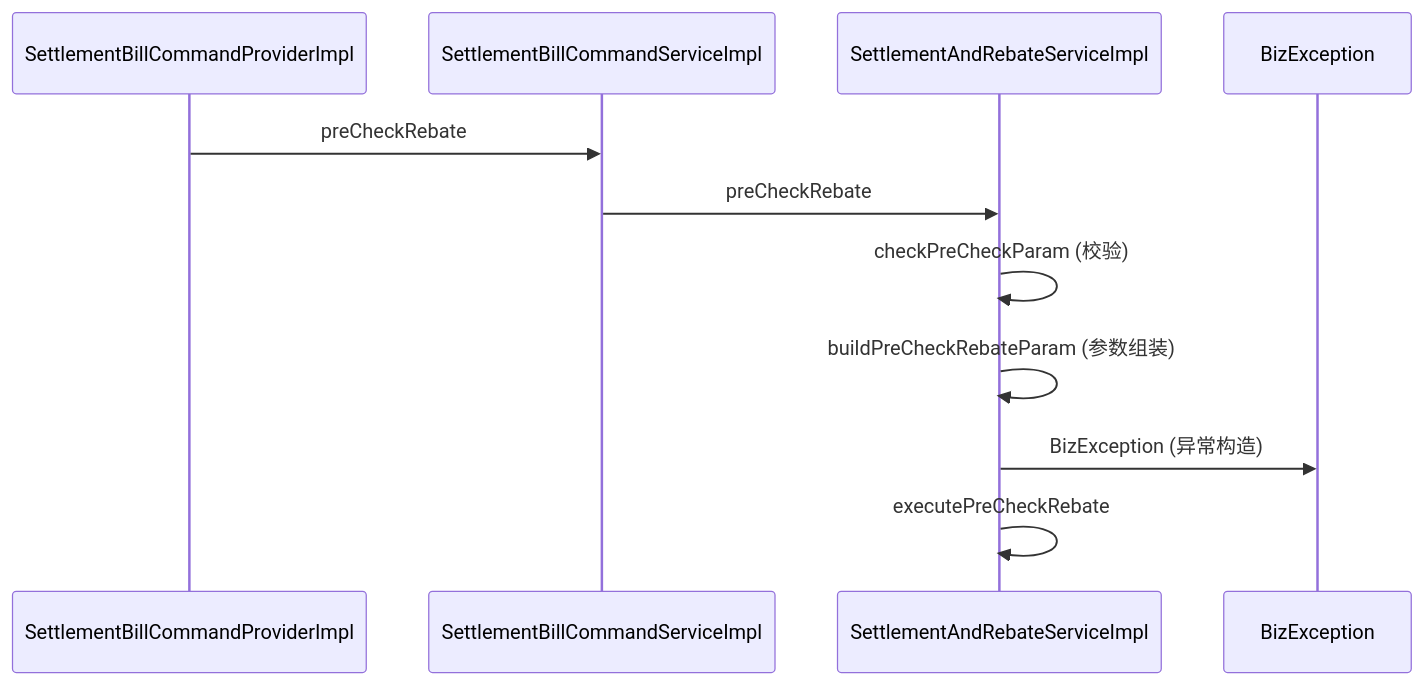
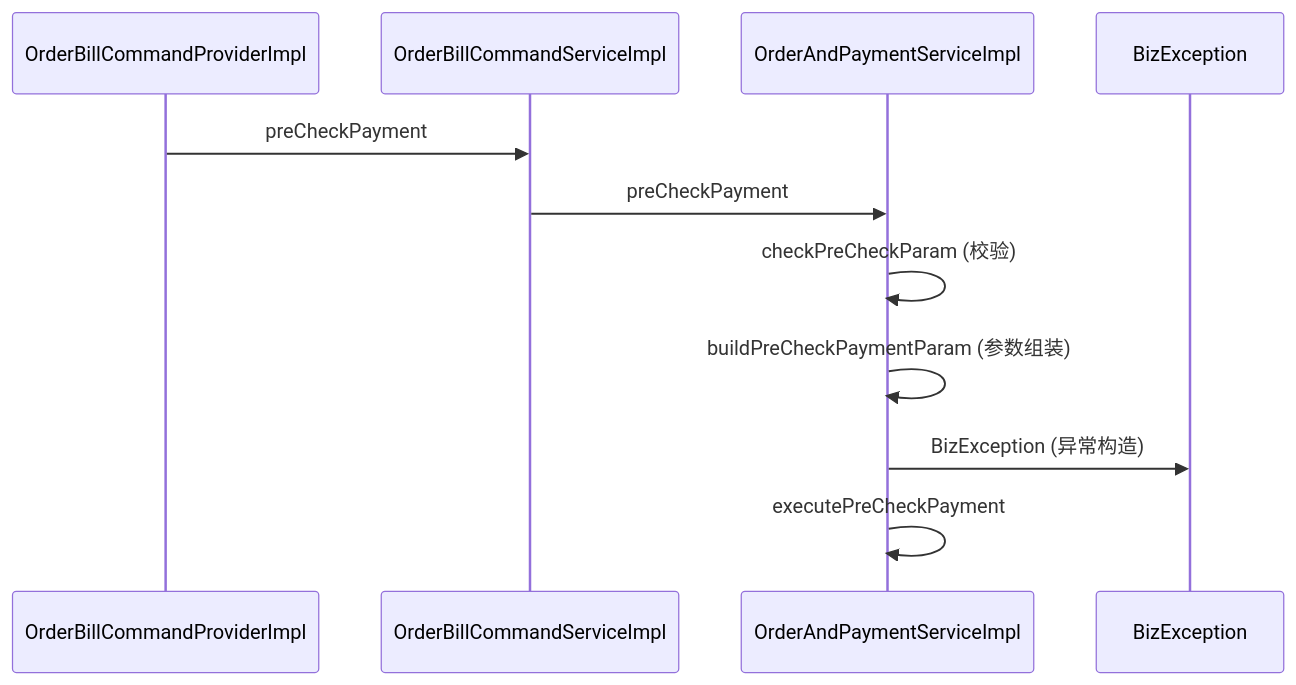
One commit to yingzg/my-Skill changed the diagram in Skill/code-flowchart/docs/plans/2026-09-17-code-flowchart-implementation-plan.zh-CN.md. Above: the diagram before and after it, drawn with Mermaid. The commit also changed other lines of this file and 217 other files, not shown here.

````diff
--- a/Skill/code-flowchart/docs/plans/2026-09-17-code-flowchart-implementation-plan.zh-CN.md
+++ b/Skill/code-flowchart/docs/plans/2026-09-17-code-flowchart-implementation-plan.zh-CN.md
@@ -290,13 +290,13 @@
 ```mermaid
 sequenceDiagram
-  participant P as SettlementBillCommandProviderImpl
-  participant C as SettlementBillCommandServiceImpl
-  participant S as SettlementAndRebateServiceImpl
+  participant P as OrderBillCommandProviderImpl
+  participant C as OrderBillCommandServiceImpl
+  participant S as OrderAndPaymentServiceImpl
   participant B as BizException
-  P->>C: preCheckRebate
-  C->>S: preCheckRebate
+  P->>C: preCheckPayment
+  C->>S: preCheckPayment
   S->>S: checkPreCheckParam (校验)
-  S->>S: buildPreCheckRebateParam (参数组装)
+  S->>S: buildPreCheckPaymentParam (参数组装)
   S->>B: BizException (异常构造)
-  S->>S: executePreCheckRebate
+  S->>S: executePreCheckPayment
 ```
````
